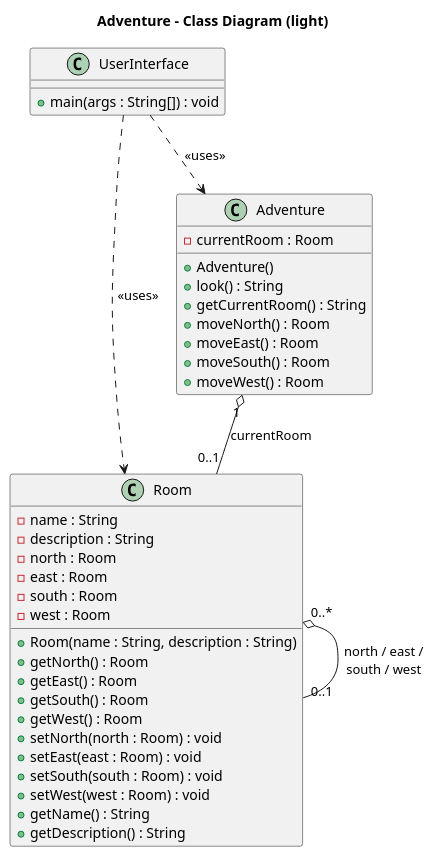
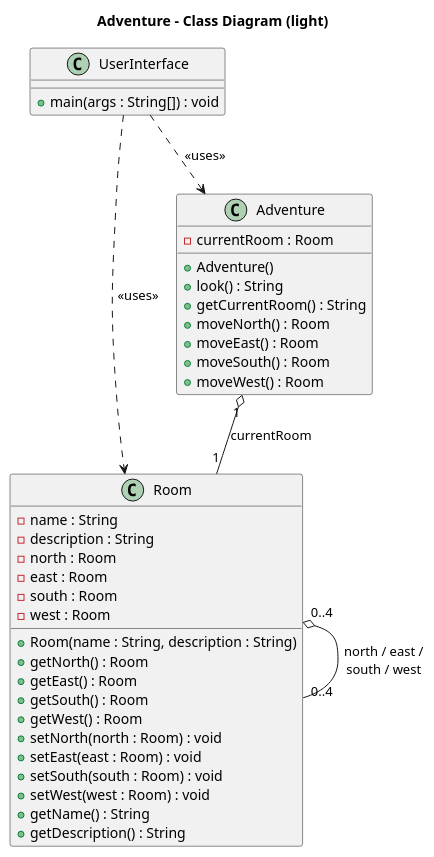
One commit to mwnDK1402/Adventure changed the diagram in docs/class-diagram-light.puml. Above: the diagram before and after it, drawn with PlantUML. The commit also changed 3 other files, not shown here.

Commit message:
Fix multiplicity in Day 1 class diagram

```diff
--- a/docs/class-diagram-light.puml
+++ b/docs/class-diagram-light.puml
@@ -1,57 +1,57 @@
 @startuml
 title Adventure - Class Diagram (light)
 
 skinparam {
     backgroundColor white
     ArrowColor #181818
     ClassBackgroundColor #F1F1F1
     ClassBorderColor #181818
     ClassFontColor #000000
     ClassAttributeFontColor #000000
     ClassAttributeIconColor #000000
     ClassStereotypeFontColor #000000
     TitleFontColor #000000
     DefaultFontColor #000000
 }
 
 class Room {
     - name : String
     - description : String
     - north : Room
     - east : Room
     - south : Room
     - west : Room
     + Room(name : String, description : String)
     + getNorth() : Room
     + getEast() : Room
     + getSouth() : Room
     + getWest() : Room
     + setNorth(north : Room) : void
     + setEast(east : Room) : void
     + setSouth(south : Room) : void
     + setWest(west : Room) : void
     + getName() : String
     + getDescription() : String
 }
 
 class Adventure {
     - currentRoom : Room
     + Adventure()
     + look() : String
     + getCurrentRoom() : String
     + moveNorth() : Room
     + moveEast() : Room
     + moveSouth() : Room
     + moveWest() : Room
 }
 
 class UserInterface {
     + main(args : String[]) : void
 }
 
-Adventure "1" o-- "0..1" Room : currentRoom
-Room "0..*" o-- "0..1" Room : north / east /\nsouth / west
+Adventure "1" o-- "1" Room : currentRoom
+Room "0..4" o-- "0..4" Room : north / east /\nsouth / west
 UserInterface ..> Adventure : <<uses>>
 UserInterface ..> Room : <<uses>>
 
 @enduml
```
